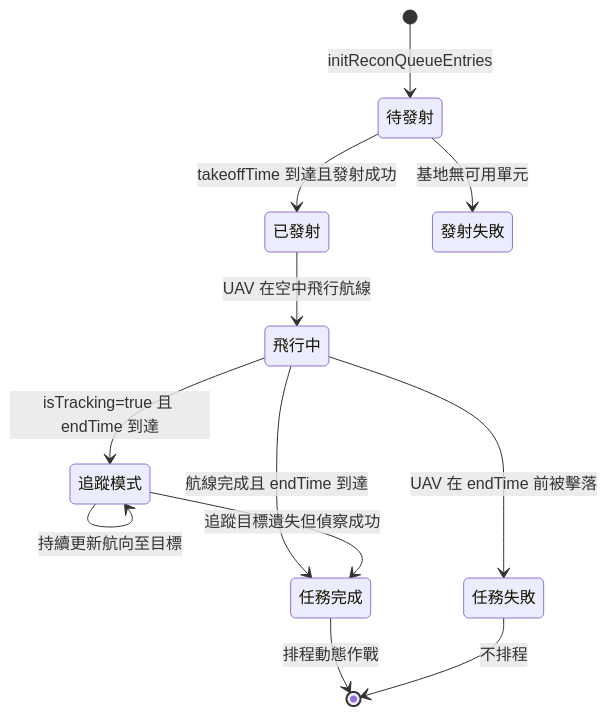
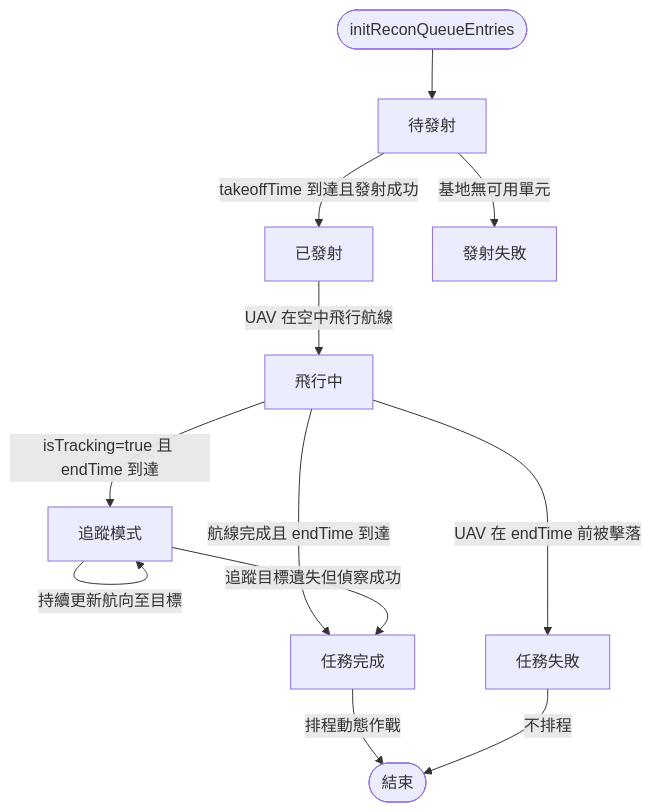
One commit to pullupjumper/formosa-in-flames changed the first of 5 diagrams in docs/strikePlanner/recon.md. Above: the diagram before and after it, drawn with Mermaid. The commit also changed other lines of this file and 8 other files, not shown here.

````diff
--- a/docs/strikePlanner/recon.md
+++ b/docs/strikePlanner/recon.md
@@ -22,18 +22,24 @@
 ```mermaid
-stateDiagram-v2
-    [*] --> 待發射: initReconQueueEntries
+flowchart TD
+    START(["initReconQueueEntries"])
+    PENDING["待發射"]
+    LAUNCHED["已發射"]
+    LAUNCH_FAIL["發射失敗"]
+    FLYING["飛行中"]
+    TRACKING["追蹤模式"]
+    DONE_OK["任務完成"]
+    DONE_FAIL["任務失敗"]
+    FINISH(["結束"])
 
-    待發射 --> 已發射: takeoffTime 到達且發射成功
-    待發射 --> 發射失敗: 基地無可用單元
-
-    已發射 --> 飛行中: UAV 在空中飛行航線
-    飛行中 --> 追蹤模式: isTracking=true 且 endTime 到達
-    飛行中 --> 任務完成: 航線完成且 endTime 到達
-    飛行中 --> 任務失敗: UAV 在 endTime 前被擊落
-
-    追蹤模式 --> 追蹤模式: 持續更新航向至目標
-    追蹤模式 --> 任務完成: 追蹤目標遺失但偵察成功
-
-    任務完成 --> [*]: 排程動態作戰
-    任務失敗 --> [*]: 不排程
+    START --> PENDING
+    PENDING -->|"takeoffTime 到達且發射成功"| LAUNCHED
+    PENDING -->|"基地無可用單元"| LAUNCH_FAIL
+    LAUNCHED -->|"UAV 在空中飛行航線"| FLYING
+    FLYING -->|"isTracking=true 且 endTime 到達"| TRACKING
+    FLYING -->|"航線完成且 endTime 到達"| DONE_OK
+    FLYING -->|"UAV 在 endTime 前被擊落"| DONE_FAIL
+    TRACKING -->|"持續更新航向至目標"| TRACKING
+    TRACKING -->|"追蹤目標遺失但偵察成功"| DONE_OK
+    DONE_OK -->|"排程動態作戰"| FINISH
+    DONE_FAIL -->|"不排程"| FINISH
 ```
````
